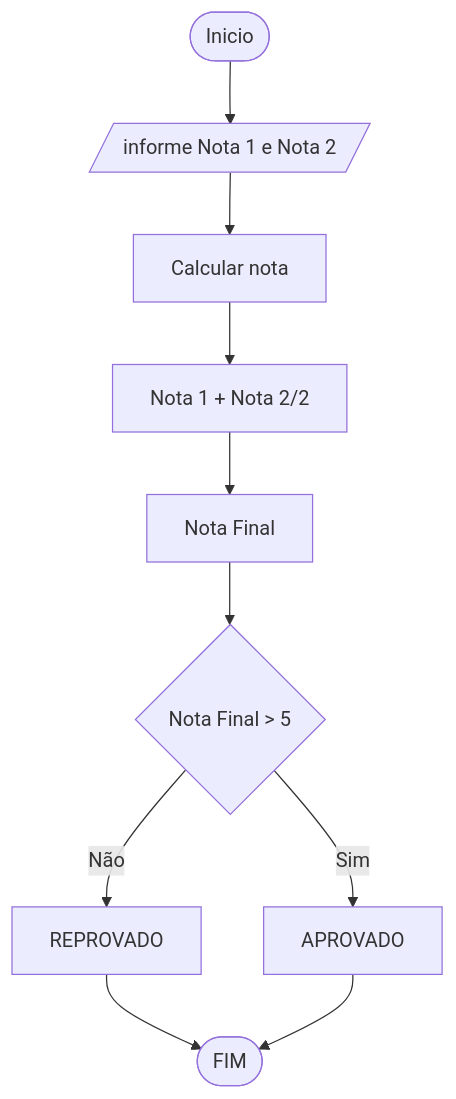
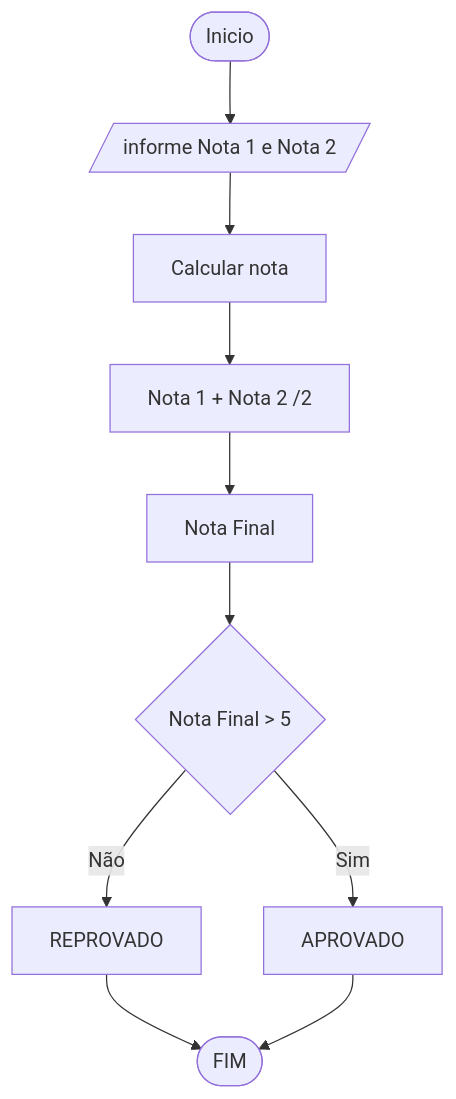
One commit to LoiraDapraia/unifor changed the diagram in RLA/Lista1/Questão3.md. Above: the diagram before and after it, drawn with Mermaid. The commit also changed other lines of this file, not shown here.

````diff
--- a/RLA/Lista1/Questão3.md
+++ b/RLA/Lista1/Questão3.md
@@ -7,12 +7,12 @@
 ```mermaid
 flowchart TD
 A([Inicio]) --> B[/informe Nota 1 e Nota 2/]
 B --> G[Calcular nota]
-G --> C[Nota 1 + Nota 2/2]
+G --> C[Nota 1 + Nota 2 /2]
 C --> H[Nota Final]
 H --> D{Nota Final > 5}
 D --Não --> E[REPROVADO]
 D --Sim --> F[APROVADO]
 E --> Z([FIM])
 F --> Z
 ```
````
